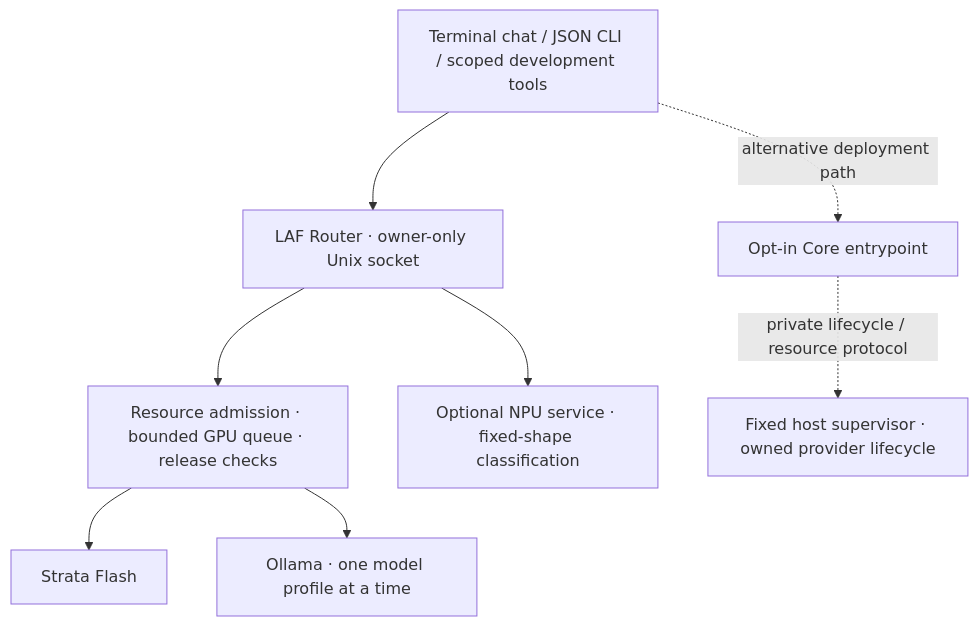
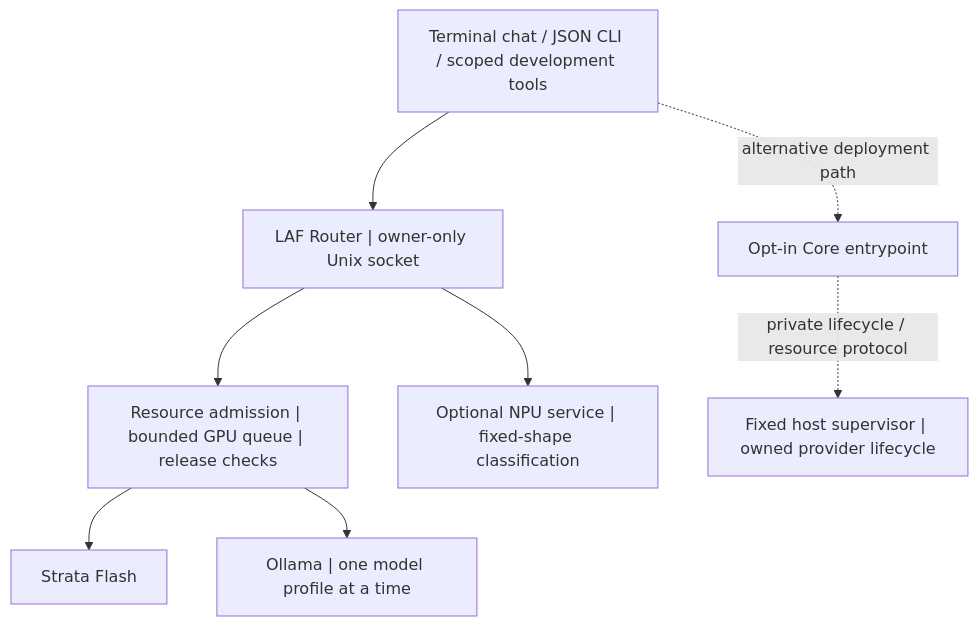
The diagram in docs/public-source-component-guide.md (i-pp/laf), drawn with Mermaid before and after one commit. The commit also changed other lines of this file and 39 other files, not shown here.

````diff
--- a/docs/public-source-component-guide.md
+++ b/docs/public-source-component-guide.md
@@ -63,19 +63,19 @@
 ```mermaid
 flowchart TD
     Client["Terminal chat / JSON CLI / scoped development tools"]
-    Router["LAF Router · owner-only Unix socket"]
-    Guards["Resource admission · bounded GPU queue · release checks"]
+    Router["LAF Router | owner-only Unix socket"]
+    Guards["Resource admission | bounded GPU queue | release checks"]
     Flash["Strata Flash"]
-    Ollama["Ollama · one model profile at a time"]
-    NPU["Optional NPU service · fixed-shape classification"]
+    Ollama["Ollama | one model profile at a time"]
+    NPU["Optional NPU service | fixed-shape classification"]
     Core["Opt-in Core entrypoint"]
-    Host["Fixed host supervisor · owned provider lifecycle"]
+    Host["Fixed host supervisor | owned provider lifecycle"]
 
     Client --> Router
     Router --> Guards
     Guards --> Flash
     Guards --> Ollama
     Router --> NPU
     Client -. "alternative deployment path" .-> Core
     Core -. "private lifecycle / resource protocol" .-> Host
 ```
````
